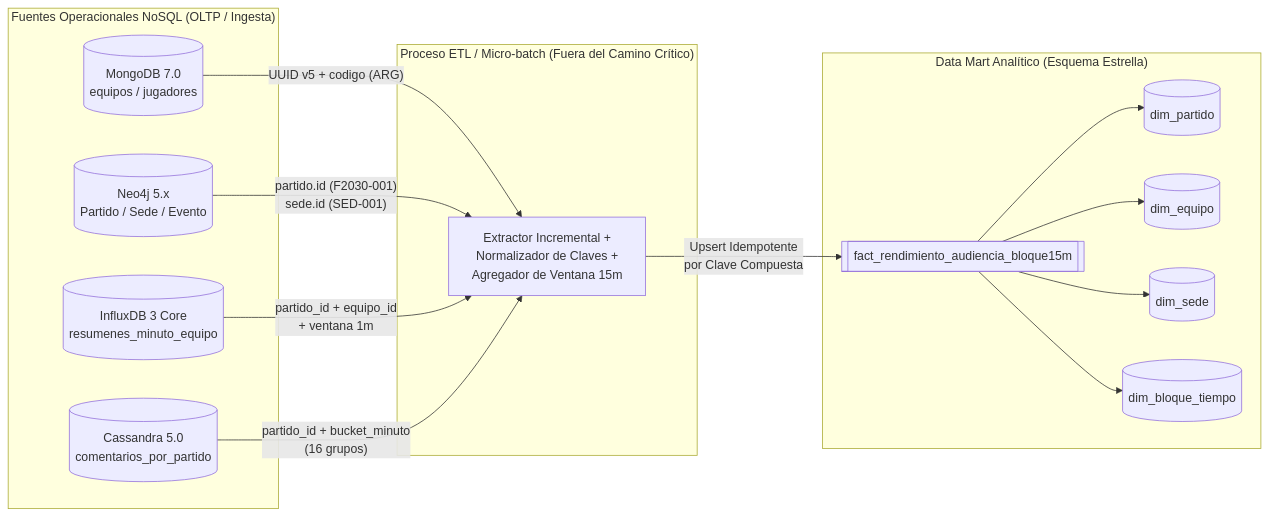
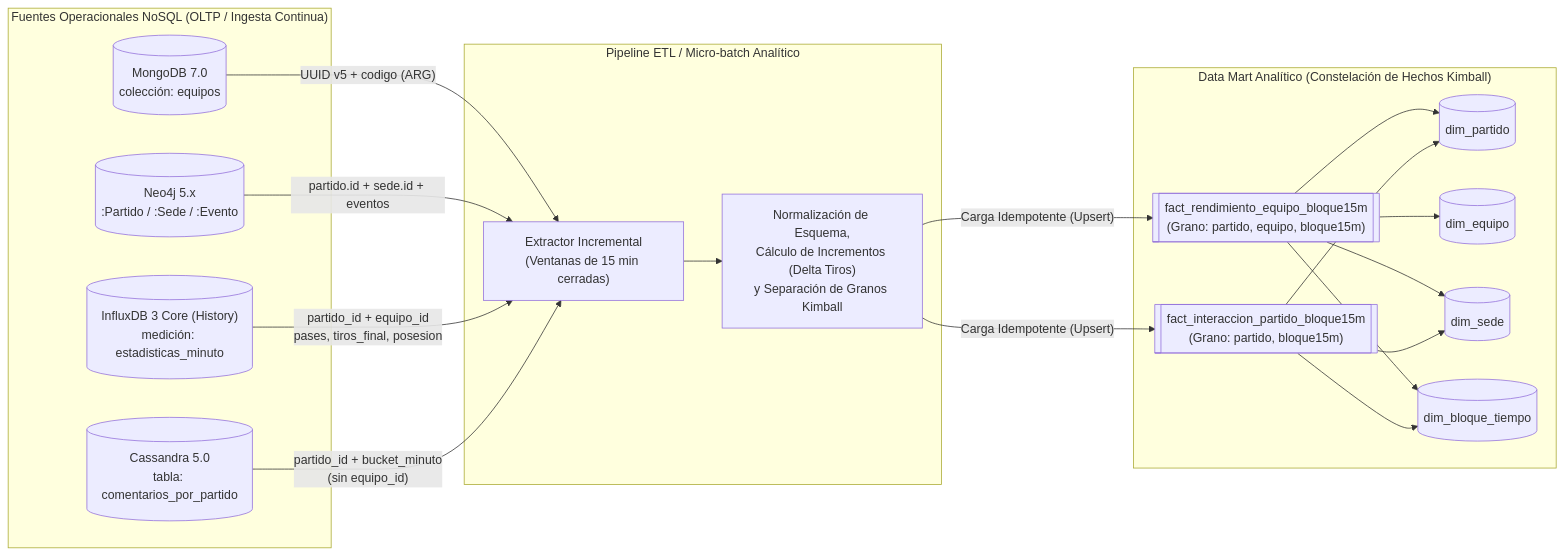
Before and after one commit to BrianValente/uade-tpo-ingenieria-de-datos-ii-fixture: the diagram in hito-12-carga-optimizacion/docs/integracion_data_mart.md, drawn with Mermaid. The commit also changed other lines of this file and 12 other files, not shown here.

````diff
--- a/hito-12-carga-optimizacion/docs/integracion_data_mart.md
+++ b/hito-12-carga-optimizacion/docs/integracion_data_mart.md
@@ -26,31 +26,40 @@
 ```mermaid
 flowchart LR
-    subgraph Operacional["Fuentes Operacionales NoSQL (OLTP / Ingesta)"]
-        M[("MongoDB 7.0\nequipos / jugadores")]
-        N[("Neo4j 5.x\nPartido / Sede / Evento")]
-        I[("InfluxDB 3 Core\nresumenes_minuto_equipo")]
-        C[("Cassandra 5.0\ncomentarios_por_partido")]
+    subgraph Operacional["Fuentes Operacionales NoSQL (OLTP / Ingesta Continua)"]
+        M[("MongoDB 7.0\ncolección: equipos")]
+        N[("Neo4j 5.x\n:Partido / :Sede / :Evento")]
+        I[("InfluxDB 3 Core (History)\nmedición: estadisticas_minuto")]
+        C[("Cassandra 5.0\ntabla: comentarios_por_partido")]
     end
 
-    subgraph ETL["Proceso ETL / Micro-batch (Fuera del Camino Crítico)"]
-        T["Extractor Incremental +\nNormalizador de Claves +\nAgregador de Ventana 15m"]
+    subgraph ETL["Pipeline ETL / Micro-batch Analítico"]
+        E["Extractor Incremental\n(Ventanas de 15 min cerradas)"]
+        T["Normalización de Esquema,\nCálculo de Incrementos (Delta Tiros)\ny Separación de Granos Kimball"]
+        E --> T
     end
 
-    subgraph DM["Data Mart Analítico (Esquema Estrella)"]
-        F[["fact_rendimiento_audiencia_bloque15m"]]
+    subgraph DM["Data Mart Analítico (Constelación de Hechos Kimball)"]
+        FE[["fact_rendimiento_equipo_bloque15m\n(Grano: partido, equipo, bloque15m)"]]
+        FA[["fact_interaccion_partido_bloque15m\n(Grano: partido, bloque15m)"]]
         DP[("dim_partido")]
         DE[("dim_equipo")]
         DS[("dim_sede")]
         DB[("dim_bloque_tiempo")]
-        F --> DP
-        F --> DE
-        F --> DS
-        F --> DB
+
+        FE --> DP
+        FE --> DE
+        FE --> DS
+        FE --> DB
+
+        FA --> DP
+        FA --> DS
+        FA --> DB
     end
 
-    M -->|"UUID v5 + codigo (ARG)"| T
-    N -->|"partido.id (F2030-001)\nsede.id (SED-001)"| T
-    I -->|"partido_id + equipo_id\n+ ventana 1m"| T
-    C -->|"partido_id + bucket_minuto\n(16 grupos)"| T
-    T -->|"Upsert Idempotente\npor Clave Compuesta"| F
+    M -->|"UUID v5 + codigo (ARG)"| E
+    N -->|"partido.id + sede.id + eventos"| E
+    I -->|"partido_id + equipo_id\npases, tiros_final, posesion"| E
+    C -->|"partido_id + bucket_minuto\n(sin equipo_id)"| E
+    T -->|"Carga Idempotente (Upsert)"| FE
+    T -->|"Carga Idempotente (Upsert)"| FA
 ```
````
